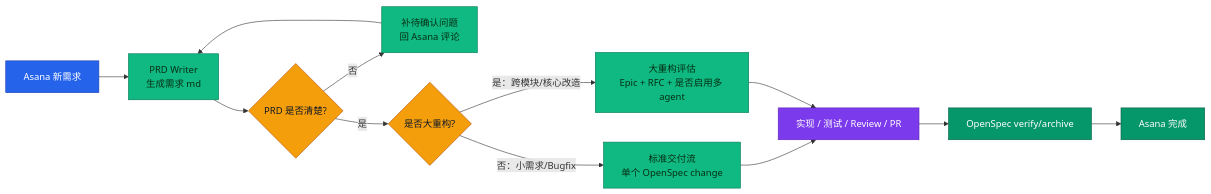
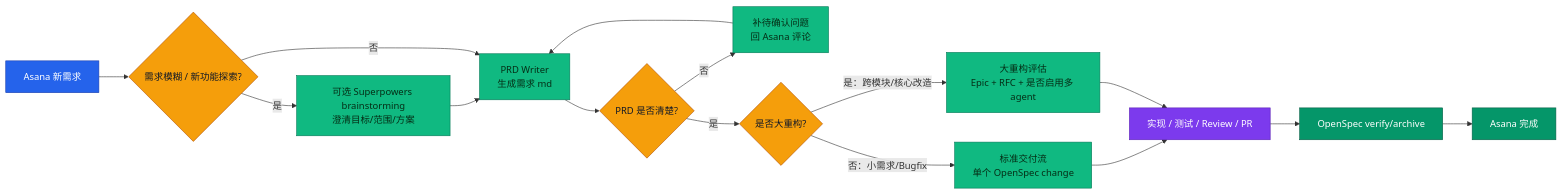
Before and after one commit to guobang1998/asana-openspec-java-workflow: the first of 4 diagrams in 流程图.md, drawn with Mermaid. The commit also changed other lines of this file and 5 other files, not shown here.

First line of the commit message:
本次补充 Superpowers 使用规则，但不让它替代现有 PRD / OpenSpec 主链路。

````diff
--- a/流程图.md
+++ b/流程图.md
@@ -5,27 +5,31 @@
 ```mermaid
 flowchart LR
-  A["Asana 新需求"] --> B["PRD Writer<br/>生成需求 md"]
+  A["Asana 新需求"] --> S{"需求模糊 / 新功能探索?"}
+  S -- "是" --> S1["可选 Superpowers brainstorming<br/>澄清目标/范围/方案"]
+  S1 --> B["PRD Writer<br/>生成需求 md"]
+  S -- "否" --> B
   B --> C{"PRD 是否清楚?"}
   C -- "否" --> D["补待确认问题<br/>回 Asana 评论"] --> B
   C -- "是" --> E{"是否大重构?"}
 
   E -- "否：小需求/Bugfix" --> F["标准交付流<br/>单个 OpenSpec change"]
   E -- "是：跨模块/核心改造" --> G["大重构评估<br/>Epic + RFC + 是否启用多 agent"]
 
   F --> H["实现 / 测试 / Review / PR"]
   G --> H
   H --> I["OpenSpec verify/archive"]
   I --> J["Asana 完成"]
 
   classDef intake fill:#2563eb,color:#fff,stroke:#1e40af,stroke-width:1px;
   classDef decision fill:#f59e0b,color:#111827,stroke:#b45309,stroke-width:1px;
   classDef doc fill:#10b981,color:#052e16,stroke:#047857,stroke-width:1px;
   classDef work fill:#7c3aed,color:#fff,stroke:#5b21b6,stroke-width:1px;
   classDef done fill:#059669,color:#fff,stroke:#065f46,stroke-width:1px;
 
   class A intake;
   class B,D,F,G doc;
-  class C,E decision;
+  class C,E,S decision;
+  class S1 doc;
   class H work;
   class I,J done;
 ```
````
